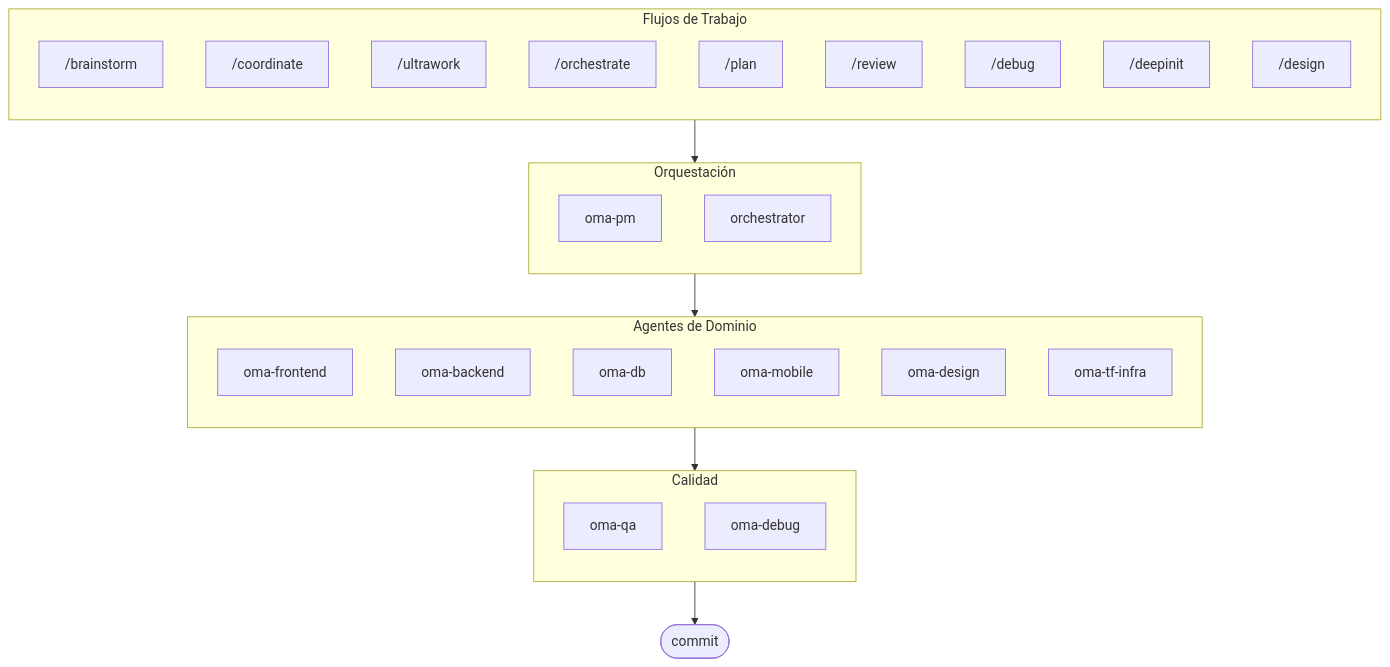
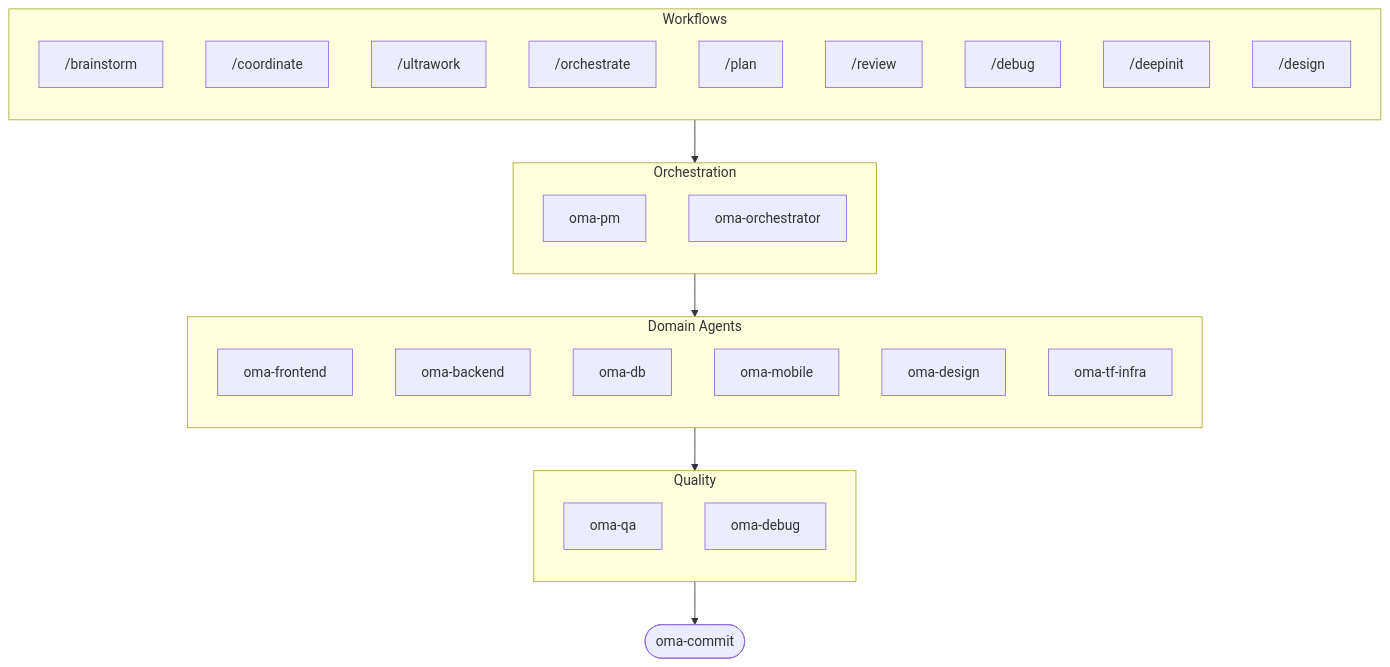
Before and after one commit to haha529/oh-my-ag: the diagram in docs/README.es.md, drawn with Mermaid. The commit also changed other lines of this file and 197 other files, not shown here.

````diff
--- a/docs/README.es.md
+++ b/docs/README.es.md
@@ -155,43 +107,42 @@
 ```mermaid
 flowchart TD
-    subgraph Workflows["Flujos de Trabajo"]
+    subgraph Workflows["Workflows"]
         direction TB
         W0["/brainstorm"]
         W1["/coordinate"]
         W1b["/ultrawork"]
         W2["/orchestrate"]
         W3["/plan"]
         W4["/review"]
         W5["/debug"]
         W6["/deepinit"]
         W7["/design"]
     end
 
-    subgraph Orchestration["Orquestación"]
+    subgraph Orchestration["Orchestration"]
         direction TB
         PM[oma-pm]
-        ORC[orchestrator]
+        ORC[oma-orchestrator]
     end
 
-    subgraph Domain["Agentes de Dominio"]
+    subgraph Domain["Domain Agents"]
         direction TB
         FE[oma-frontend]
         BE[oma-backend]
         DB[oma-db]
         MB[oma-mobile]
         DES[oma-design]
         TF[oma-tf-infra]
     end
 
-    subgraph Quality["Calidad"]
+    subgraph Quality["Quality"]
         direction TB
         QA[oma-qa]
         DBG[oma-debug]
     end
 
-
     Workflows --> Orchestration
     Orchestration --> Domain
     Domain --> Quality
-    Quality --> CMT([commit])
+    Quality --> CMT([oma-commit])
 ```
````
